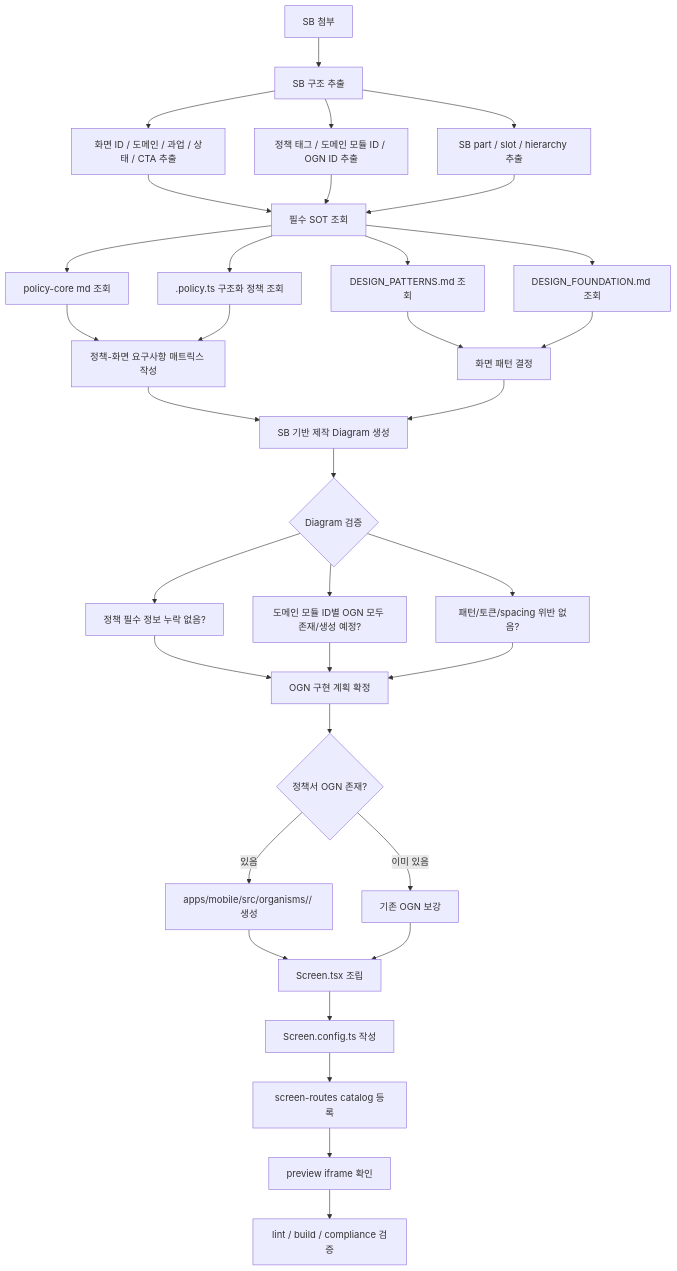
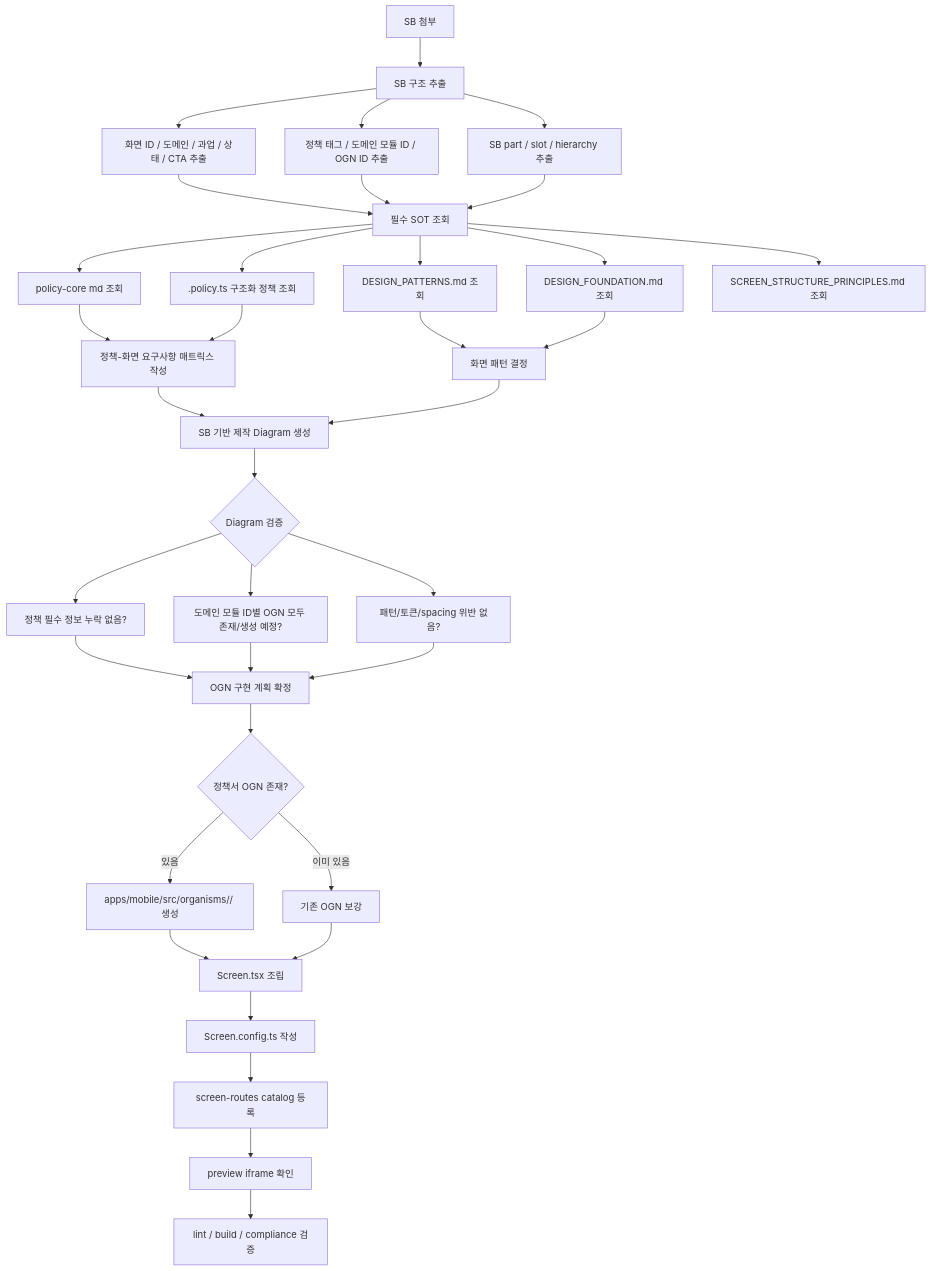
Before and after one commit to ewoooo/rnd-screen-to-screen: the diagram in SCREEN_GENERATION_FLOW.md, drawn with Mermaid. The commit also changed other lines of this file and 8 other files, not shown here.

Commit message:
docs: add screen structure principles

````diff
--- a/SCREEN_GENERATION_FLOW.md
+++ b/SCREEN_GENERATION_FLOW.md
@@ -5,45 +7,46 @@
 ```mermaid
 flowchart TD
     A["SB 첨부"] --> B["SB 구조 추출"]
     B --> B1["화면 ID / 도메인 / 과업 / 상태 / CTA 추출"]
     B --> B2["정책 태그 / 도메인 모듈 ID / OGN ID 추출"]
     B --> B3["SB part / slot / hierarchy 추출"]
 
     B1 --> C["필수 SOT 조회"]
     B2 --> C
     B3 --> C
 
     C --> C1["policy-core md 조회"]
     C --> C2[".policy.ts 구조화 정책 조회"]
     C --> C3["DESIGN_PATTERNS.md 조회"]
     C --> C4["DESIGN_FOUNDATION.md 조회"]
+    C --> C5["SCREEN_STRUCTURE_PRINCIPLES.md 조회"]
 
     C1 --> D["정책-화면 요구사항 매트릭스 작성"]
     C2 --> D
     C3 --> E["화면 패턴 결정"]
     C4 --> E
 
     D --> F["SB 기반 제작 Diagram 생성"]
     E --> F
 
     F --> G{"Diagram 검증"}
     G --> G1["정책 필수 정보 누락 없음?"]
     G --> G2["도메인 모듈 ID별 OGN 모두 존재/생성 예정?"]
     G --> G3["패턴/토큰/spacing 위반 없음?"]
 
     G1 --> H["OGN 구현 계획 확정"]
     G2 --> H
     G3 --> H
 
     H --> I{"정책서 OGN 존재?"}
     I -- "있음" --> J["apps/mobile/src/organisms/<domain>/<ogn> 생성"]
     I -- "이미 있음" --> K["기존 OGN 보강"]
 
     J --> L["Screen.tsx 조립"]
     K --> L
 
     L --> M["Screen.config.ts 작성"]
     M --> N["screen-routes catalog 등록"]
     N --> O["preview iframe 확인"]
     O --> P["lint / build / compliance 검증"]
 ```
````
